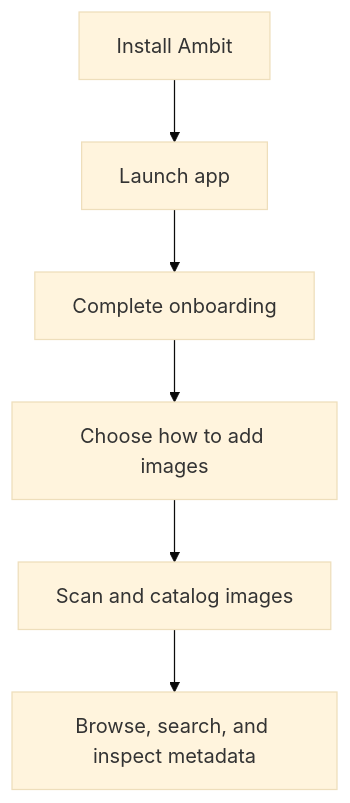
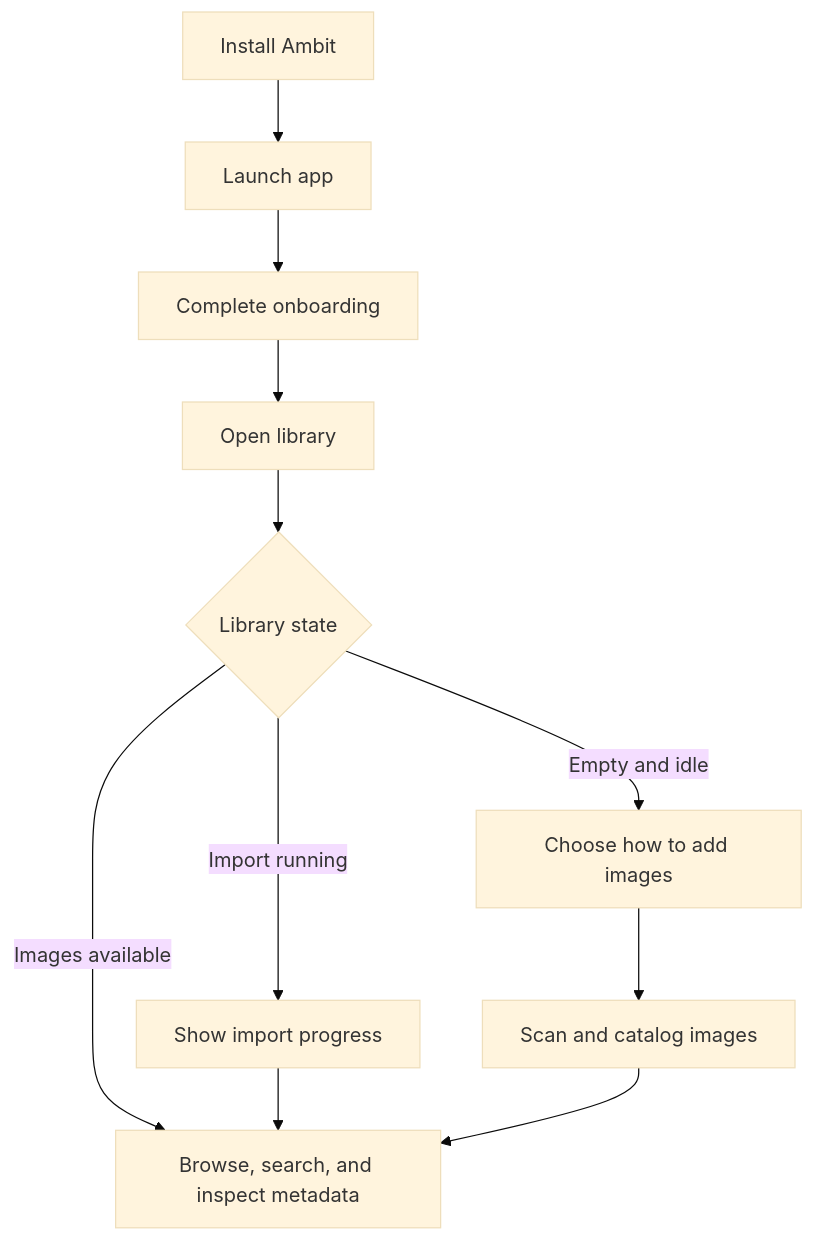
The diagram in docs/manual/getting-started.md (AsuraAce/ambit), drawn with Mermaid (base theme) before and after one commit. The commit also changed other lines of this file and 5 other files, not shown here.

````diff
--- a/docs/manual/getting-started.md
+++ b/docs/manual/getting-started.md
@@ -26,8 +26,13 @@
 ```mermaid
 flowchart TD
     A["Install Ambit"] --> B["Launch app"]
     B --> C["Complete onboarding"]
-    C --> D["Choose how to add images"]
-    D --> E["Scan and catalog images"]
-    E --> F["Browse, search, and inspect metadata"]
+    C --> D["Open library"]
+    D --> E{"Library state"}
+    E -->|Images available| F["Browse, search, and inspect metadata"]
+    E -->|Import running| G["Show import progress"]
+    G --> F
+    E -->|Empty and idle| H["Choose how to add images"]
+    H --> I["Scan and catalog images"]
+    I --> F
 ```
````
